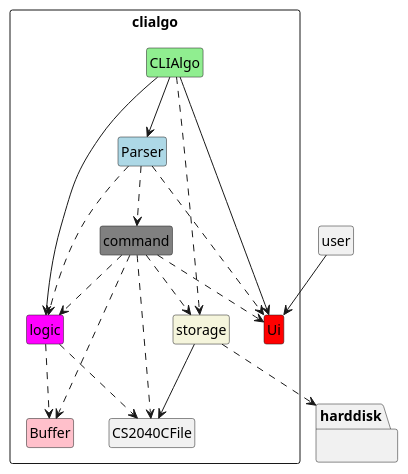
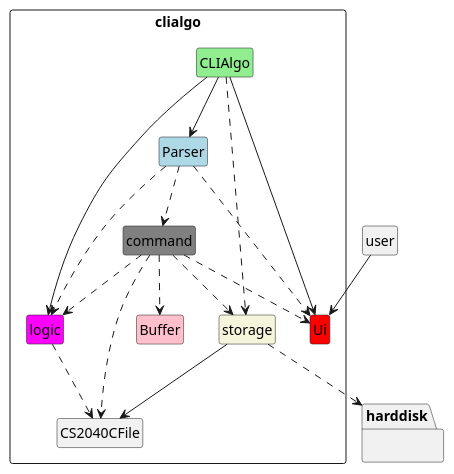
Before and after one commit to ong-ck/tp: the diagram in docs/class-diagrams/source-files/ArchitectureDiagram.puml, drawn with PlantUML. The commit also changed 4 other files, not shown here.

Commit message:
Add TopicManager class diagram

```diff
--- a/docs/class-diagrams/source-files/ArchitectureDiagram.puml
+++ b/docs/class-diagrams/source-files/ArchitectureDiagram.puml
@@ -1,55 +1,54 @@
 @startuml
 skinparam classAttributeIconSize 0
 hide empty members
 
 class user {
 }
 
 package clialgo <<rectangle>> {
     class CLIAlgo #lightgreen {
 
     }
 
     class Parser #lightblue{
     }
 
     class Ui #red {
     }
 
     class logic #magenta {
     }
 
     class command #grey {
     }
 
     class storage #beige {
     }
 
     class Buffer #pink {
     }
 
     class CS2040CFile {
     }
 }
 package harddisk {
 }
 user --> Ui
 CLIAlgo --> Ui
 CLIAlgo -->logic
 CLIAlgo --> Parser
 CLIAlgo ..> storage
 Parser ..> Ui
 Parser ..> logic
 Parser ..> command
 storage ..> harddisk
 storage --> CS2040CFile
 command ..> Ui
 command ..> logic
 command ..> storage
 command ..> CS2040CFile
 command ..> Buffer
-logic ..> Buffer
 logic ..> CS2040CFile
 
 hide circle
 @enduml
```
